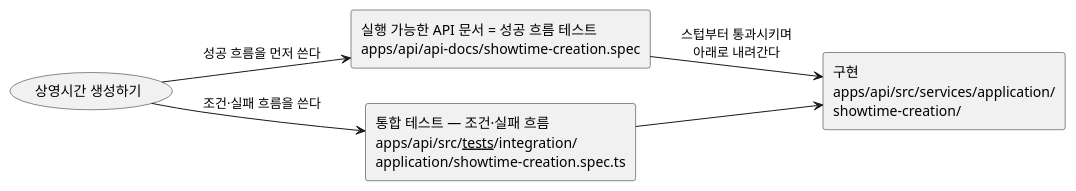
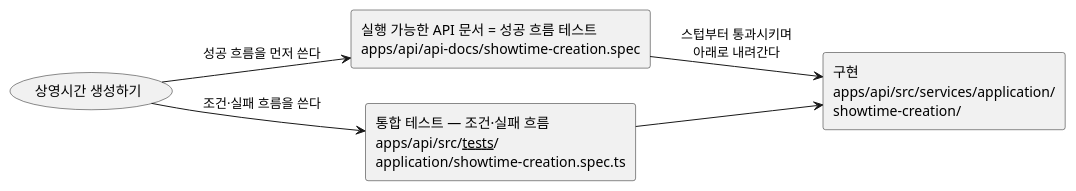
The sixth of 6 diagrams in docs/reference/tutorial.md (mannercode/nest-seed), drawn with PlantUML before and after one commit. The commit also changed other lines of this file and 159 other files, not shown here.

````diff
--- a/docs/reference/tutorial.md
+++ b/docs/reference/tutorial.md
@@ -412,15 +412,15 @@
 ```plantuml
 @startuml
 left to right direction
 usecase "상영시간 생성하기" as UC
 
 rectangle "실행 가능한 API 문서 = 성공 흐름 테스트\napps/api/api-docs/showtime-creation.spec" as spec
-rectangle "통합 테스트 — 조건·실패 흐름\napps/api/src/__tests__/integration/\napplication/showtime-creation.spec.ts" as jest
+rectangle "통합 테스트 — 조건·실패 흐름\napps/api/src/__tests__/\napplication/showtime-creation.spec.ts" as jest
 rectangle "구현\napps/api/src/services/application/\nshowtime-creation/" as impl
 
 UC --> spec : 성공 흐름을 먼저 쓴다
 UC --> jest : 조건·실패 흐름을 쓴다
 spec --> impl : 스텁부터 통과시키며\n아래로 내려간다
 jest --> impl
 @enduml
 ```
````
